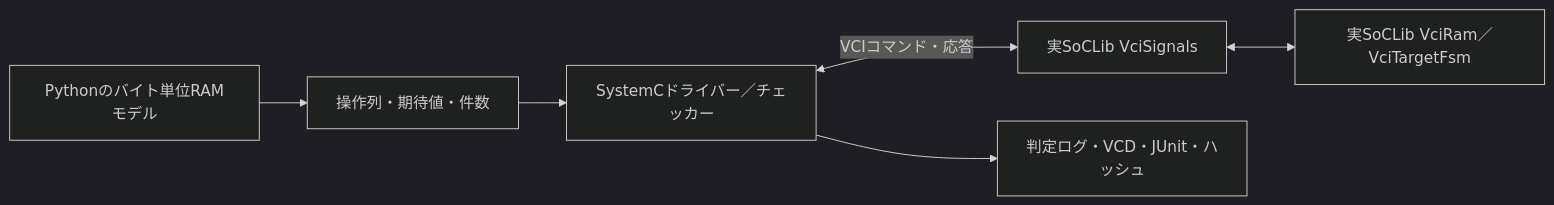
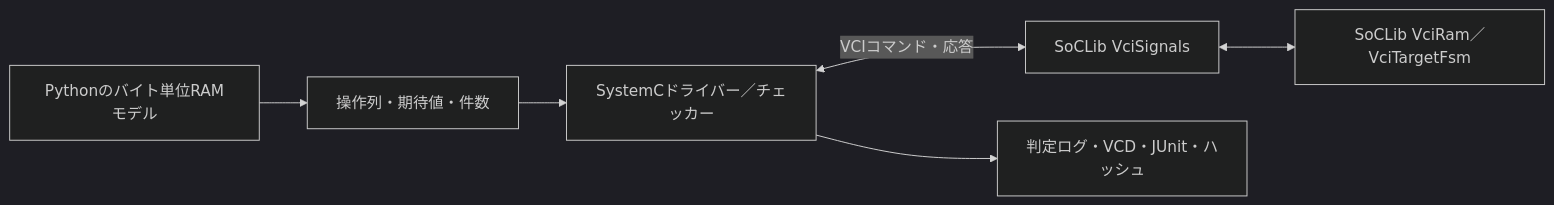
The diagram in examples/local-vci-soclib/README.md (kurochan001/lsi-verification-method), drawn with Mermaid (dark theme) before and after one commit. The commit also changed other lines of this file and 8 other files, not shown here.

Commit message:
Document VCI verification results, timing and SoCLib model scope

````diff
--- a/examples/local-vci-soclib/README.md
+++ b/examples/local-vci-soclib/README.md
@@ -7,10 +7,10 @@
 ```mermaid
 flowchart LR
   accTitle: SoCLib VCI RAMの検証構成
-  accDescr: Pythonで生成した操作と期待値をSystemCテストベンチが読み、実SoCLibの信号線とRAMを駆動して照合する。
+  accDescr: Pythonで生成した操作と期待値をSystemCテストベンチが読み、SoCLibの信号線とRAMを駆動して照合する。
   P["Pythonのバイト単位RAMモデル"] --> V["操作列・期待値・件数"]
   V --> T["SystemCドライバー／チェッカー"]
-  T <-->|"VCIコマンド・応答"| S["実SoCLib VciSignals"]
-  S <--> R["実SoCLib VciRam／VciTargetFsm"]
+  T <-->|"VCIコマンド・応答"| S["SoCLib VciSignals"]
+  S <--> R["SoCLib VciRam／VciTargetFsm"]
   T --> E["判定ログ・VCD・JUnit・ハッシュ"]
 ```
````
